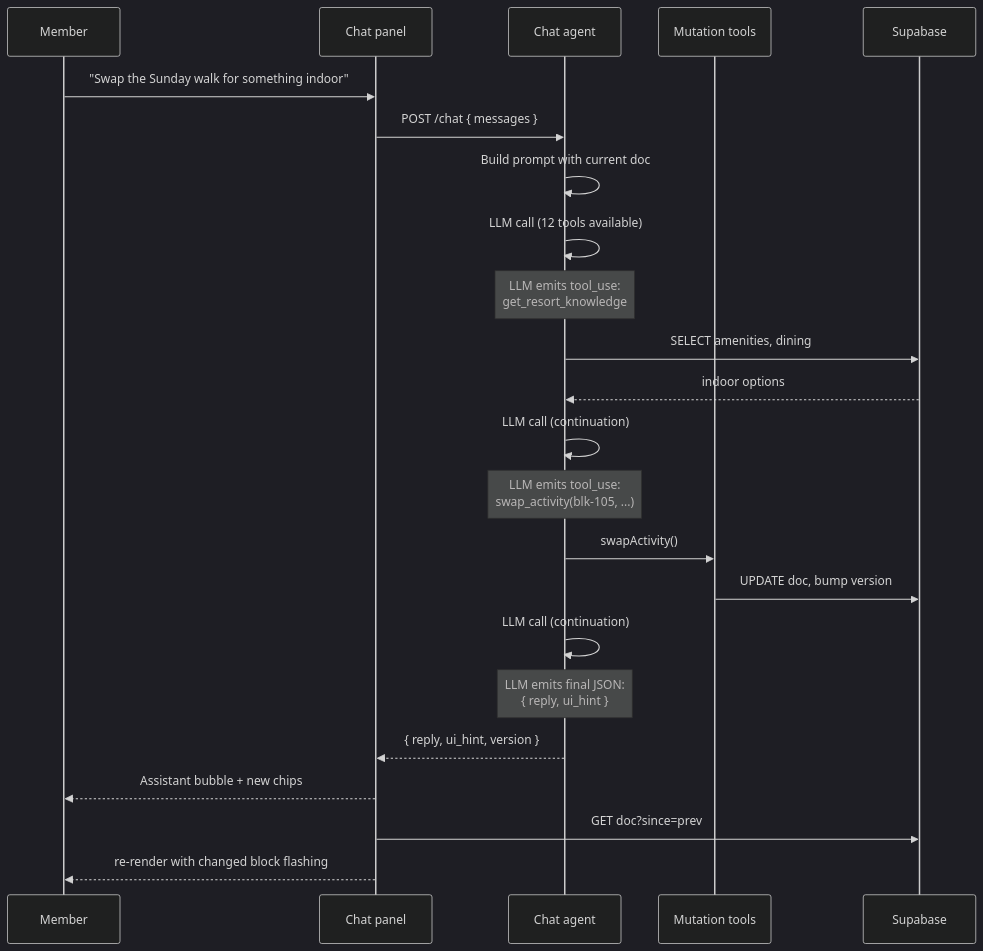
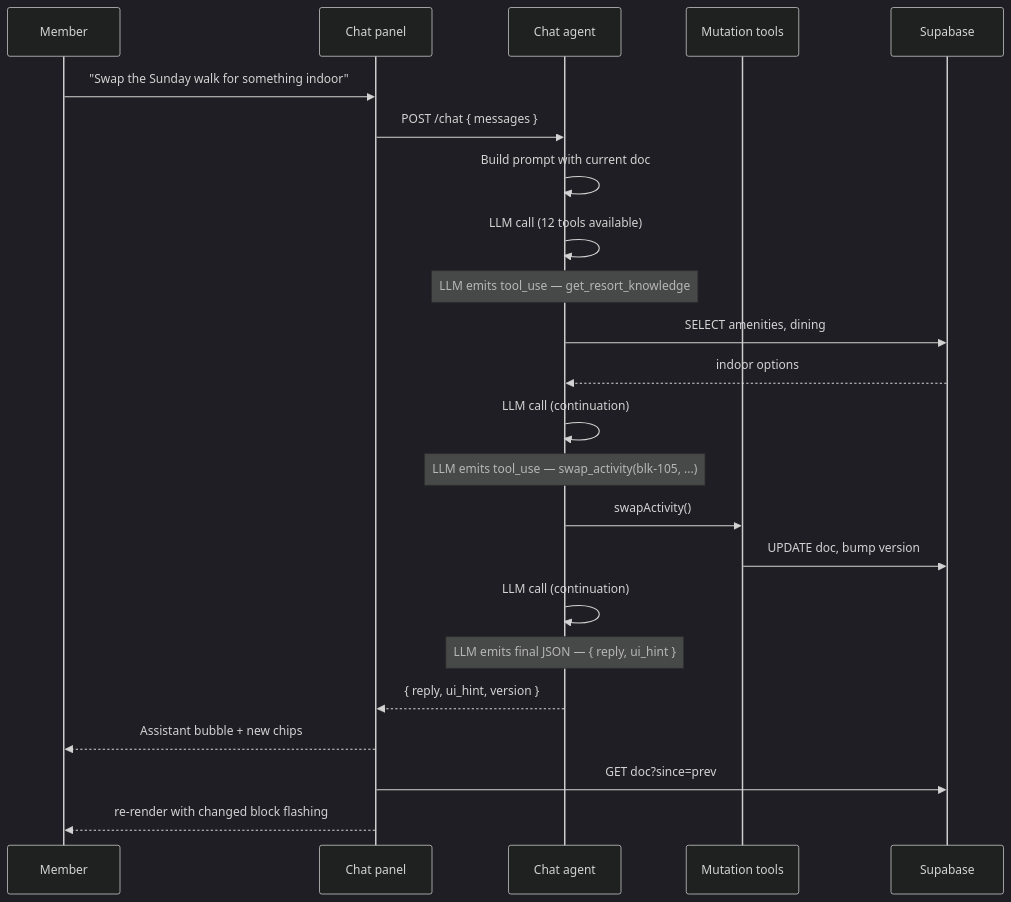
One commit to samhud1999/leisure-concierge changed the eighth of 9 diagrams in docs/PoC-Overview-for-Confluence.md. Above: the diagram before and after it, drawn with Mermaid (dark theme). The commit also changed other lines of this file and 1 other file, not shown here.

First line of the commit message:
docs: HTML build of the Confluence overview + diagram source tweaks

````diff
--- a/docs/PoC-Overview-for-Confluence.md
+++ b/docs/PoC-Overview-for-Confluence.md
@@ -355,26 +355,26 @@
 ```mermaid
 sequenceDiagram
   participant M as Member
   participant Chat as Chat panel
   participant Agent as Chat agent
   participant Tools as Mutation tools
   participant DB as Supabase
 
   M->>Chat: "Swap the Sunday walk for something indoor"
   Chat->>Agent: POST /chat { messages }
   Agent->>Agent: Build prompt with current doc
   Agent->>Agent: LLM call (12 tools available)
-  Note over Agent: LLM emits tool_use:<br/>get_resort_knowledge
+  Note over Agent: LLM emits tool_use — get_resort_knowledge
   Agent->>DB: SELECT amenities, dining
   DB-->>Agent: indoor options
   Agent->>Agent: LLM call (continuation)
-  Note over Agent: LLM emits tool_use:<br/>swap_activity(blk-105, ...)
+  Note over Agent: LLM emits tool_use — swap_activity(blk-105, ...)
   Agent->>Tools: swapActivity()
   Tools->>DB: UPDATE doc, bump version
   Agent->>Agent: LLM call (continuation)
-  Note over Agent: LLM emits final JSON:<br/>{ reply, ui_hint }
+  Note over Agent: LLM emits final JSON — { reply, ui_hint }
   Agent-->>Chat: { reply, ui_hint, version }
   Chat-->>M: Assistant bubble + new chips
   Chat->>DB: GET doc?since=prev
   Chat-->>M: re-render with changed block flashing
 ```
````
